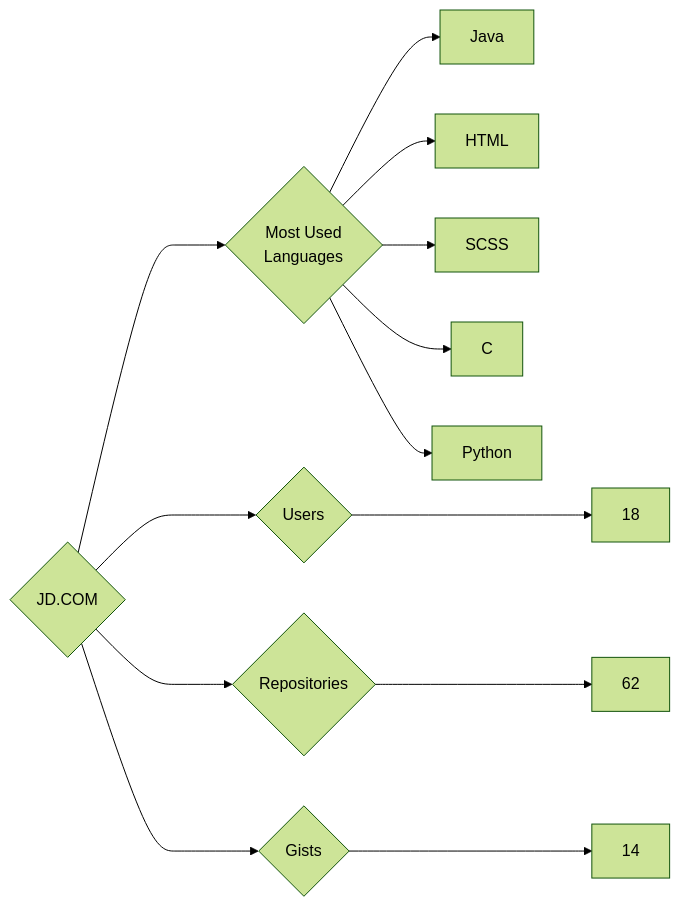
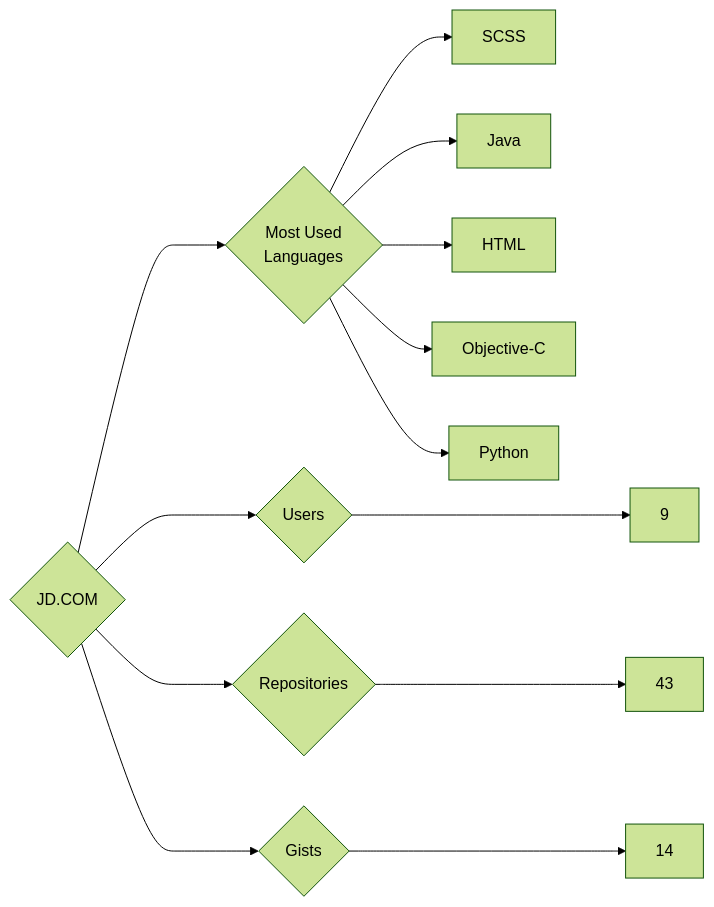
The diagram in targets/JD.COM/README.md (trickest/insiders), drawn with Mermaid (forest theme) before and after one commit. The commit also changed 681 other files, not shown here.

````diff
--- a/targets/JD.COM/README.md
+++ b/targets/JD.COM/README.md
@@ -3,13 +3,13 @@
 ```mermaid
 graph LR
 COMPANY_NAME{JD.COM}
-COMPANY_NAME ---> U{Users} ---> UN[18]
-COMPANY_NAME ---> R{Repositories} ---> RN[62]
+COMPANY_NAME ---> U{Users} ---> UN[9]
+COMPANY_NAME ---> R{Repositories} ---> RN[43]
 COMPANY_NAME ---> G{Gists} ---> GN[14]
 COMPANY_NAME ---> ML{Most Used<br>Languages}
+ML --> SCSS[SCSS]
 ML --> Java[Java]
 ML --> HTML[HTML]
-ML --> SCSS[SCSS]
-ML --> C[C]
+ML --> Objective-C[Objective-C]
 ML --> Python[Python]
 ```
````
